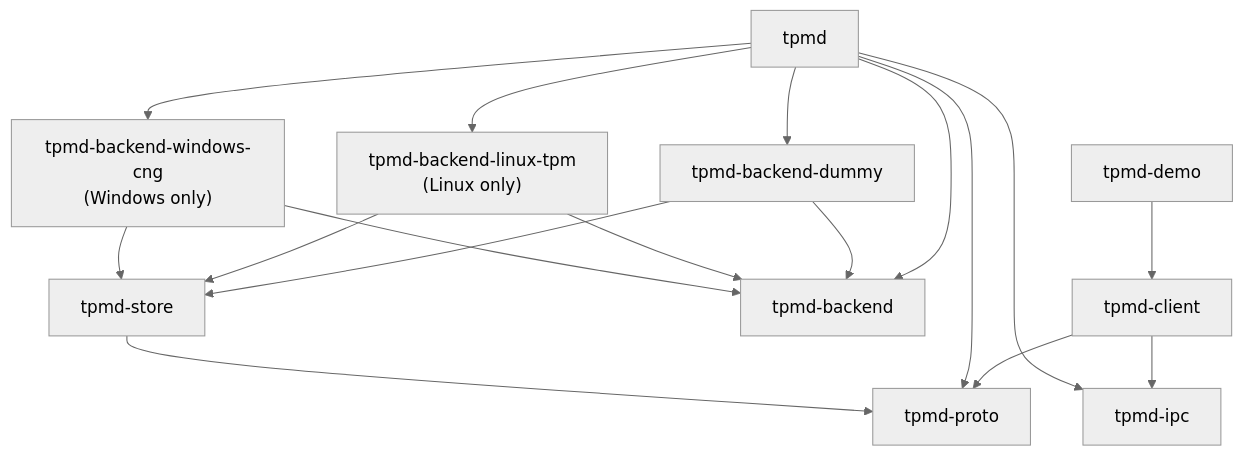
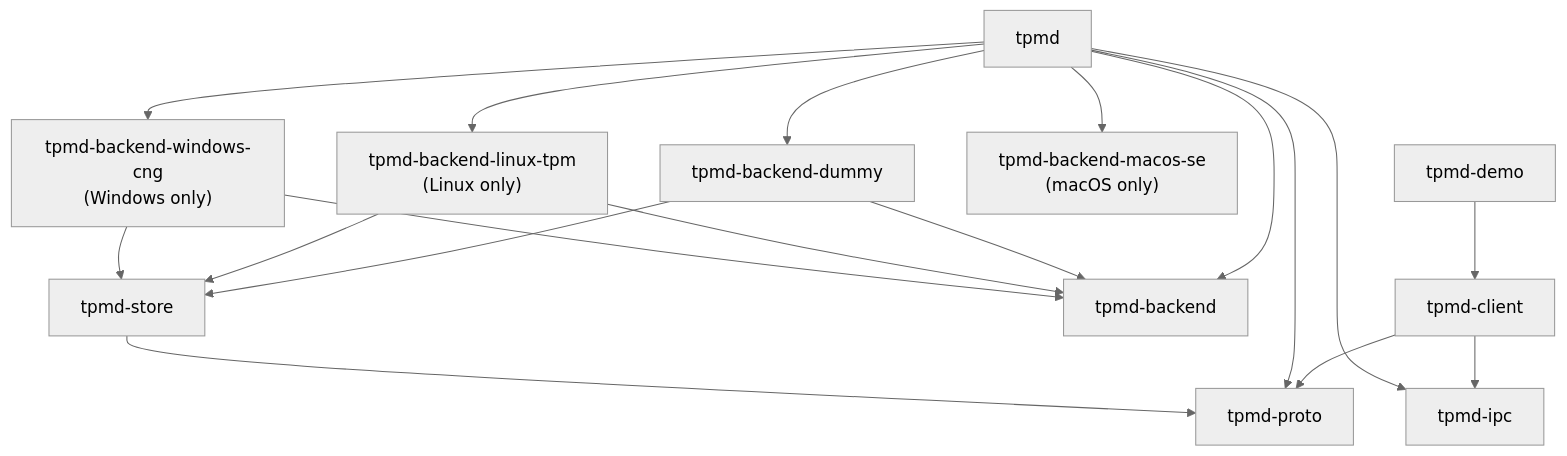
The first of 2 diagrams in docs/architecture.md (OffworldNexus/tpmd), drawn with Mermaid (neutral theme) before and after one commit. The commit also changed other lines of this file and 27 other files, not shown here.

````diff
--- a/docs/architecture.md
+++ b/docs/architecture.md
@@ -94,19 +95,20 @@
 ```mermaid
 graph TD
   client["tpmd-client"] --> proto["tpmd-proto"]
   client --> ipc["tpmd-ipc"]
   daemon["tpmd"] --> proto
   daemon --> ipc
   daemon --> backend["tpmd-backend"]
   daemon --> dummy["tpmd-backend-dummy"]
   daemon --> linuxtpm["tpmd-backend-linux-tpm<br/>(Linux only)"]
   daemon --> wincng["tpmd-backend-windows-cng<br/>(Windows only)"]
+  daemon --> macse["tpmd-backend-macos-se<br/>(macOS only)"]
   dummy --> backend
   dummy --> store["tpmd-store"]
   linuxtpm --> backend
   linuxtpm --> store
   wincng --> backend
   wincng --> store
   store --> proto
   demo["tpmd-demo"] --> client
 ```
````
